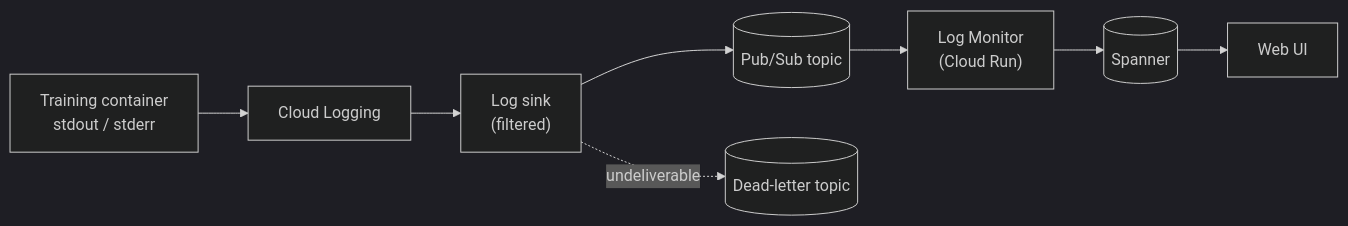
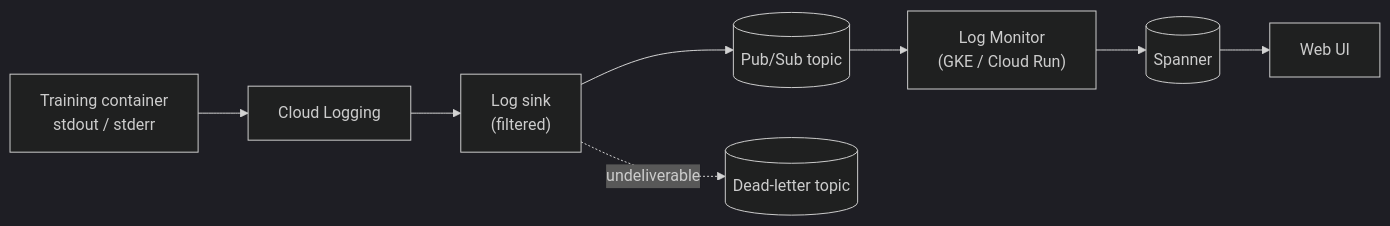
Before and after one commit to google/xmc: the second of 2 diagrams in docs/flows/metrics_and_observability.md, drawn with Mermaid (dark theme). The commit also changed other lines of this file and 15 other files, not shown here.

First line of the commit message:
feat(deploy): enable Log Monitor GKE deployment by default

````diff
--- a/docs/flows/metrics_and_observability.md
+++ b/docs/flows/metrics_and_observability.md
@@ -163,13 +162,13 @@
 ```mermaid
 graph LR
     Pod["Training container<br/>stdout / stderr"]
     CL["Cloud Logging"]
     SK["Log sink<br/>(filtered)"]
     PS[("Pub/Sub topic")]
-    LM["Log Monitor<br/>(Cloud Run)"]
+    LM["Log Monitor<br/>(GKE / Cloud Run)"]
     SP[("Spanner")]
     UI["Web UI"]
 
     Pod --> CL --> SK --> PS --> LM --> SP --> UI
     SK -.->|"undeliverable"| DLQ[("Dead-letter topic")]
 ```
````
